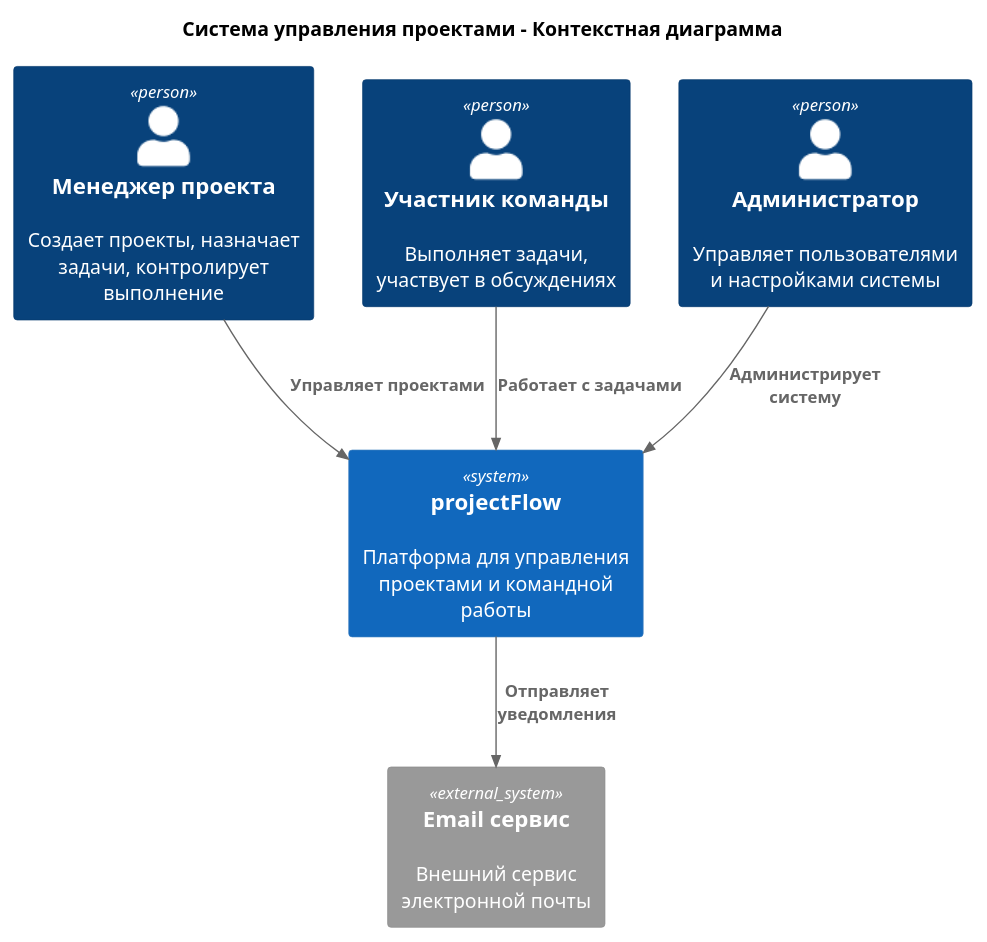
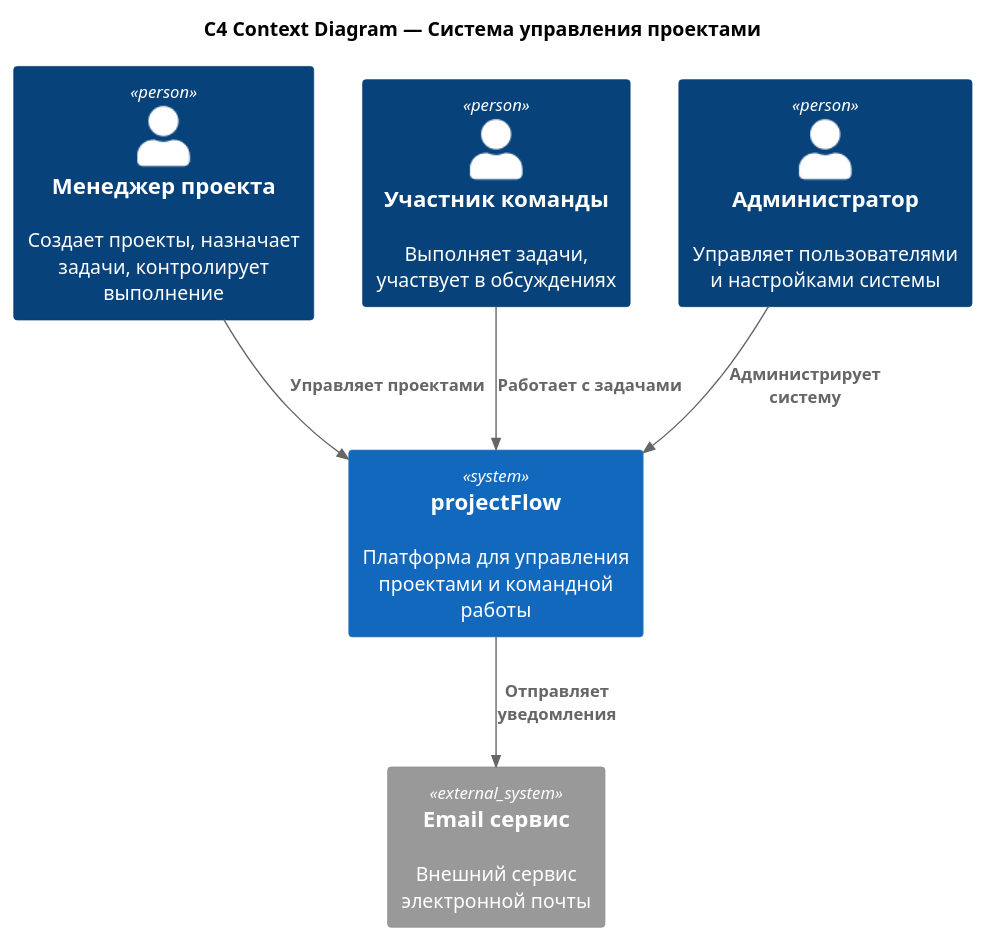
Before and after one commit to Lyudmila-55/Levchenko_analytics_practice: the diagram in practice_BA/с4_context.puml, drawn with PlantUML. The commit also changed 2 other files, not shown here.

Commit message:
sequence_2

```diff
--- a/practice_BA/с4_context.puml
+++ b/practice_BA/с4_context.puml
@@ -1,18 +1,18 @@
 @startuml c4_context
 !include https://raw.githubusercontent.com/plantuml-stdlib/C4-PlantUML/master/C4_Context.puml
 
-title Система управления проектами - Контекстная диаграмма
+title C4 Context Diagram — Система управления проектами
 
 Person(manager, "Менеджер проекта", "Создает проекты, назначает задачи, контролирует выполнение")
 Person(member, "Участник команды", "Выполняет задачи, участвует в обсуждениях")
 Person(admin, "Администратор", "Управляет пользователями и настройками системы")
 
 System(projectflow, "projectFlow", "Платформа для управления проектами и командной работы")
 
 Rel(manager, projectflow, "Управляет проектами")
 Rel(member, projectflow, "Работает с задачами")
 Rel(admin, projectflow, "Администрирует систему")
 
 System_Ext(email, "Email сервис", "Внешний сервис электронной почты")
 Rel(projectflow, email, "Отправляет уведомления")
 @enduml
```
